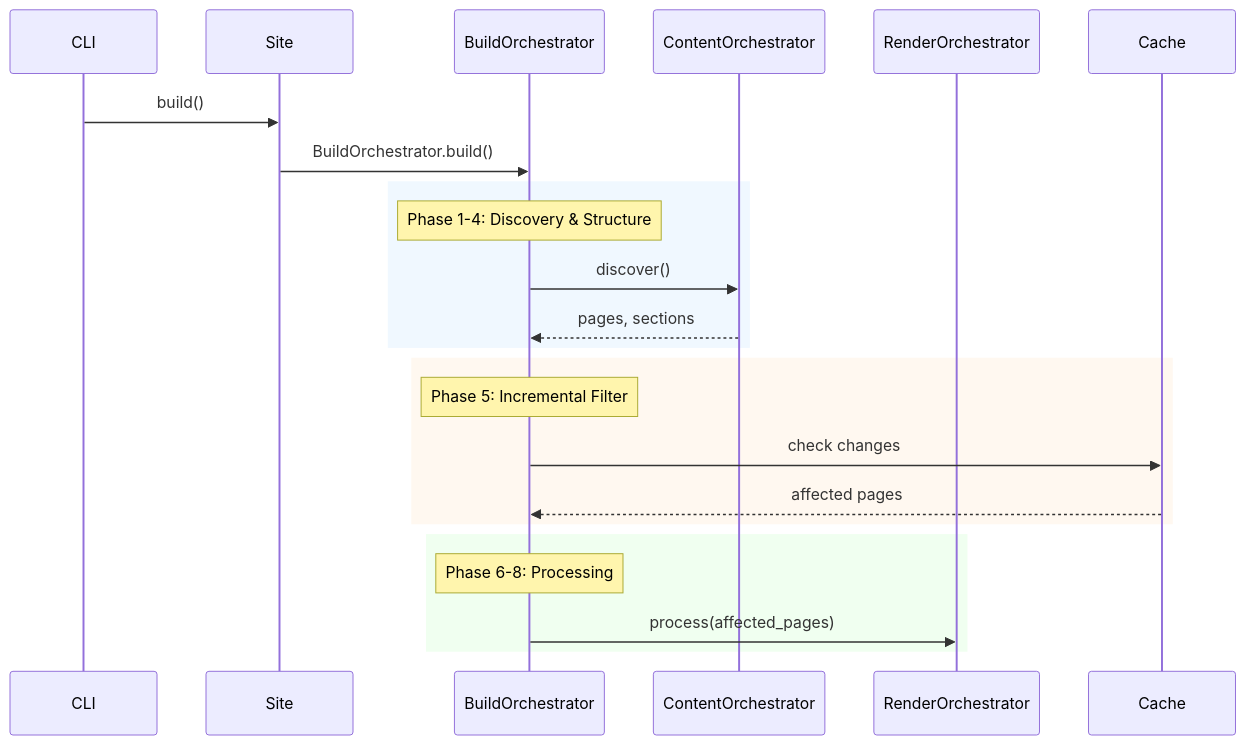
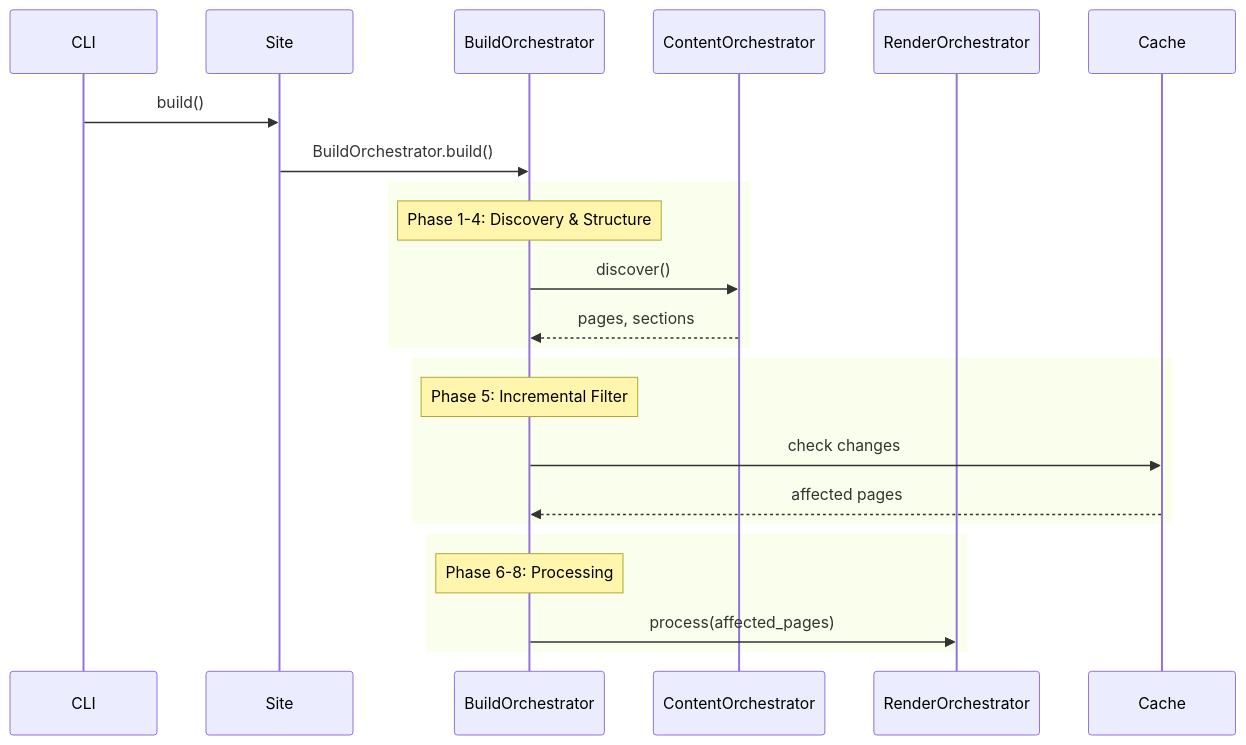
One commit to lbliii/bengal changed the diagram in site/content/architecture/core/orchestration.md. Above: the diagram before and after it, drawn with Mermaid. The commit also changed 13 other files, not shown here.

Commit message:
mermaid enhancements

````diff
--- a/site/content/architecture/core/orchestration.md
+++ b/site/content/architecture/core/orchestration.md
@@ -27,29 +27,29 @@
 ```mermaid
 sequenceDiagram
     participant CLI
     participant Site
     participant BuildOrch as BuildOrchestrator
     participant ContentOrch as ContentOrchestrator
     participant RenderOrch as RenderOrchestrator
     participant Cache
 
     CLI->>Site: build()
     Site->>BuildOrch: BuildOrchestrator.build()
 
-    rect rgb(240, 248, 255)
+    rect
     Note over BuildOrch: Phase 1-4: Discovery & Structure
     BuildOrch->>ContentOrch: discover()
     ContentOrch-->>BuildOrch: pages, sections
     end
 
-    rect rgb(255, 248, 240)
+    rect
     Note over BuildOrch: Phase 5: Incremental Filter
     BuildOrch->>Cache: check changes
     Cache-->>BuildOrch: affected pages
     end
 
-    rect rgb(240, 255, 240)
+    rect
     Note over BuildOrch: Phase 6-8: Processing
     BuildOrch->>RenderOrch: process(affected_pages)
     end
 ```
````
